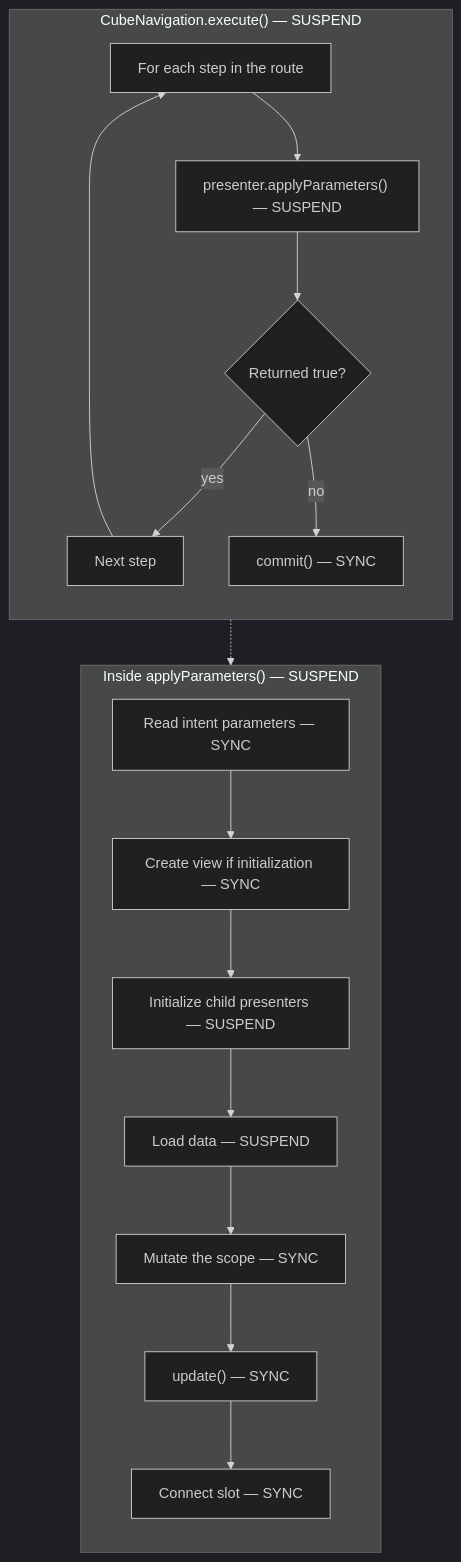
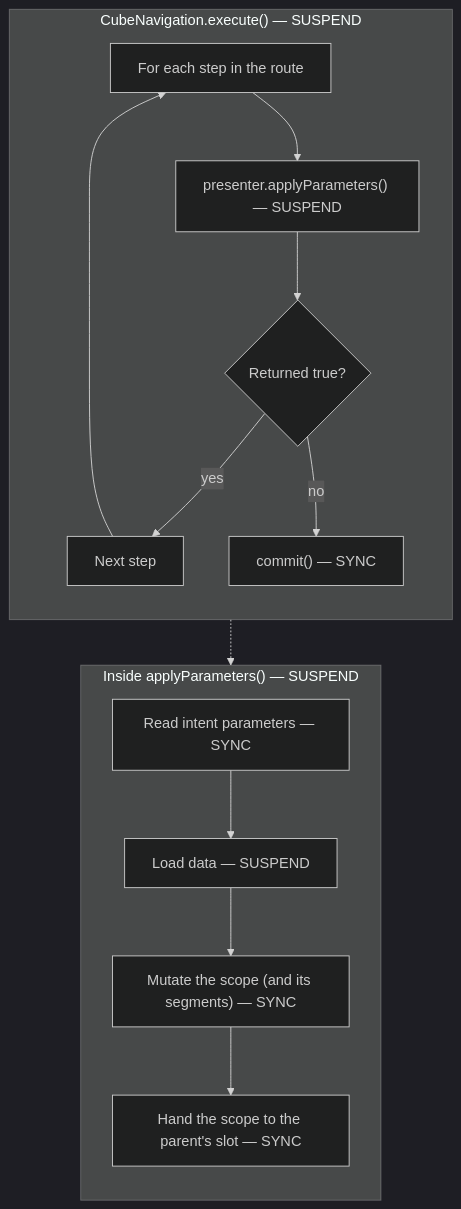
Diagram 14 of 19 in docs/architecture-cube.md (mrcdom/wdc-cube-kotlin), drawn with Mermaid (dark theme) before and after one commit. The commit also changed other lines of this file and 14 other files, not shown here.

First line of the commit message:
docs: actions, the view catalog, segments and cart rows

````diff
--- a/docs/architecture-cube.md
+++ b/docs/architecture-cube.md
@@ -780,30 +879,27 @@
 ```mermaid
 flowchart TD
     subgraph "CubeNavigation.execute() — SUSPEND"
         direction TB
         E1["For each step in the route"]
         E2["presenter.applyParameters() — SUSPEND"]
         E3{Returned true?}
         E4["Next step"]
         E5["commit() — SYNC"]
 
         E1 --> E2 --> E3
         E3 -->|yes| E4 --> E1
         E3 -->|no| E5
     end
 
     subgraph "Inside applyParameters() — SUSPEND"
         direction TB
         AP1["Read intent parameters — SYNC"]
-        AP2["Create view if initialization — SYNC"]
-        AP3["Initialize child presenters — SUSPEND"]
         AP4["Load data — SUSPEND"]
-        AP5["Mutate the scope — SYNC"]
-        AP6["update() — SYNC"]
-        AP7["Connect slot — SYNC"]
+        AP5["Mutate the scope (and its segments) — SYNC"]
+        AP7["Hand the scope to the parent's slot — SYNC"]
 
-        AP1 --> AP2 --> AP3 --> AP4 --> AP5 --> AP6 --> AP7
+        AP1 --> AP4 --> AP5 --> AP7
     end
 
     E2 -.-> AP1
 ```
````
